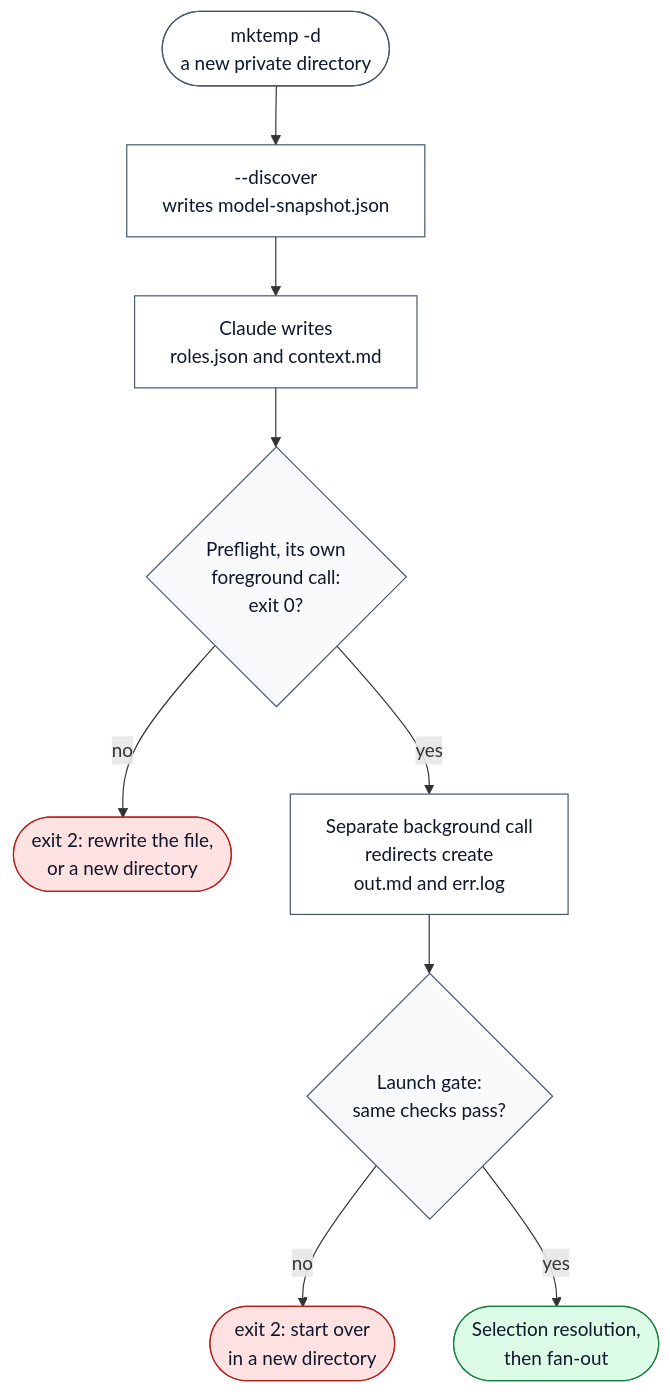
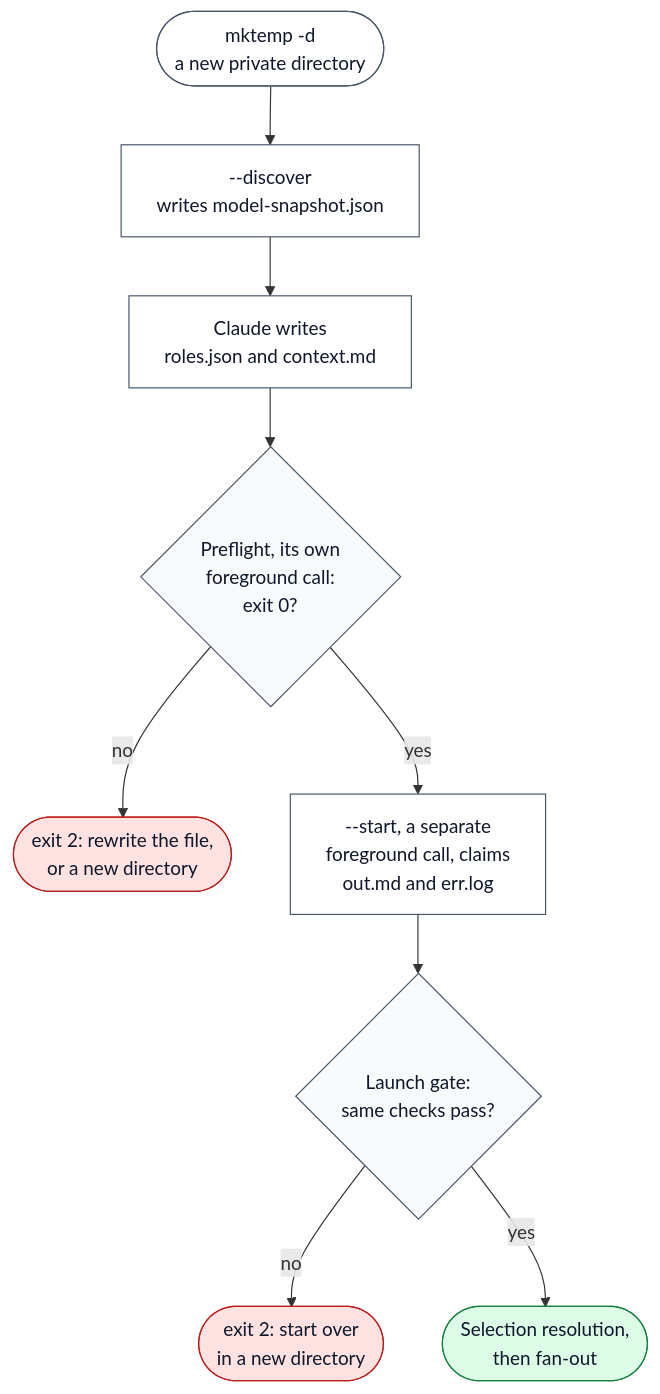
The diagram in docs/diagrams/d23-staging.mmd (ehzawad/codex-council), drawn with Mermaid before and after one commit. The commit also changed 15 other files, not shown here.

First line of the commit message:
Docs for the detached launch: --start recipe, --cancel, completion rule, host limits

```diff
--- a/docs/diagrams/d23-staging.mmd
+++ b/docs/diagrams/d23-staging.mmd
@@ -1,28 +1,28 @@
 flowchart TD
     Mktemp(["mktemp -d<br/>a new private directory"])
     Discover["--discover<br/>writes model-snapshot.json"]
     Write["Claude writes<br/>roles.json and context.md"]
     Preflight{"Preflight, its own<br/>foreground call:<br/>exit 0?"}
     Fix(["exit 2: rewrite the file,<br/>or a new directory"])
-    Launch["Separate background call<br/>redirects create<br/>out.md and err.log"]
+    Launch["--start, a separate<br/>foreground call, claims<br/>out.md and err.log"]
     Gate{"Launch gate:<br/>same checks pass?"}
     Restart(["exit 2: start over<br/>in a new directory"])
     Resolve(["Selection resolution,<br/>then fan-out"])
 
     Mktemp --> Discover
     Discover --> Write
     Write --> Preflight
     Preflight -->|"no"| Fix
     Preflight -->|"yes"| Launch
     Launch --> Gate
     Gate -->|"no"| Restart
     Gate -->|"yes"| Resolve
 
     classDef step fill:#ffffff,stroke:#475569,color:#0f172a
     classDef decision fill:#f8fafc,stroke:#475569,color:#0f172a
     classDef ok fill:#dcfce7,stroke:#15803d,color:#0f172a
     classDef stop fill:#fee2e2,stroke:#b91c1c,color:#0f172a
     class Mktemp,Discover,Write,Launch step
     class Preflight,Gate decision
     class Resolve ok
     class Fix,Restart stop
```
